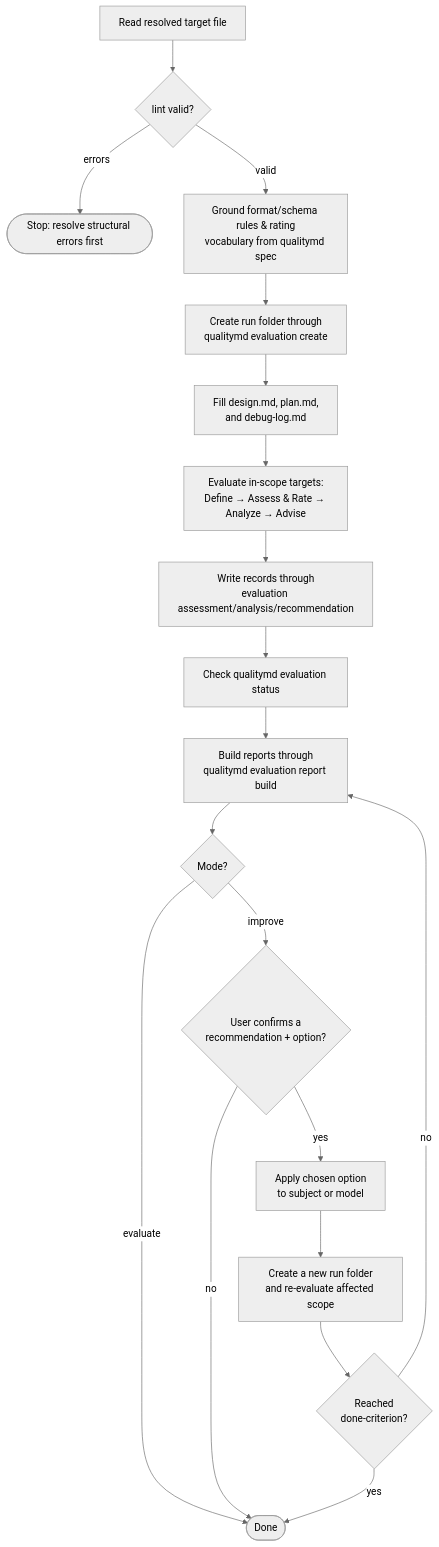
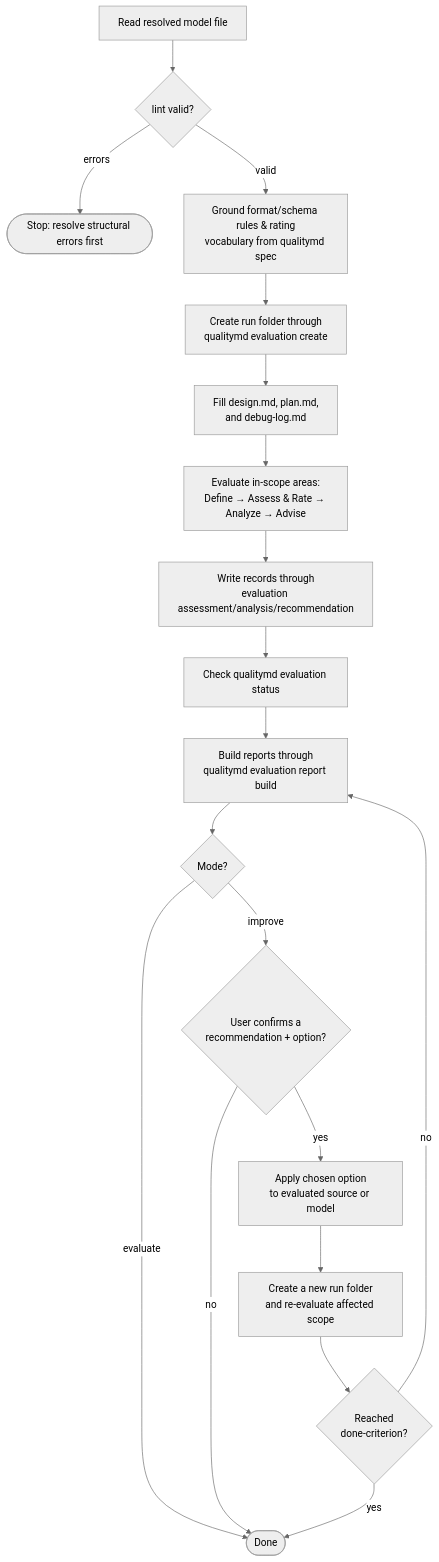
One commit to qualitymd/quality.md changed the diagram in specs/skills/quality-skill/quality-skill.md. Above: the diagram before and after it, drawn with Mermaid (neutral theme). The commit also changed other lines of this file and 84 other files, not shown here.

````diff
--- a/specs/skills/quality-skill/quality-skill.md
+++ b/specs/skills/quality-skill/quality-skill.md
@@ -525,21 +526,21 @@
 ```mermaid
 flowchart TD
-    Read[Read resolved target file] --> Lint{lint valid?}
+    Read[Read resolved model file] --> Lint{lint valid?}
     Lint -->|errors| Stop([Stop: resolve structural errors first])
     Lint -->|valid| Ground[Ground format/schema rules &amp; rating<br/>vocabulary from qualitymd spec]
     Ground --> Run[Create run folder through<br/>qualitymd evaluation create]
     Run --> Plan[Fill design.md, plan.md,<br/>and debug-log.md]
-    Plan --> Eval[Evaluate in-scope targets:<br/>Define → Assess &amp; Rate → Analyze → Advise]
+    Plan --> Eval[Evaluate in-scope areas:<br/>Define → Assess &amp; Rate → Analyze → Advise]
     Eval --> Records[Write records through<br/>evaluation assessment/analysis/recommendation]
     Records --> Status[Check qualitymd evaluation status]
     Status --> Report[Build reports through<br/>qualitymd evaluation report build]
     Report --> Mode{Mode?}
     Mode -->|evaluate| Done([Done])
     Mode -->|improve| Confirm{User confirms a<br/>recommendation + option?}
     Confirm -->|no| Done
-    Confirm -->|yes| Apply[Apply chosen option<br/>to subject or model]
+    Confirm -->|yes| Apply[Apply chosen option<br/>to evaluated source or model]
     Apply --> ReEval[Create a new run folder<br/>and re-evaluate affected scope]
     ReEval --> Criterion{Reached<br/>done-criterion?}
     Criterion -->|yes| Done
     Criterion -->|no| Report
 ```
````
